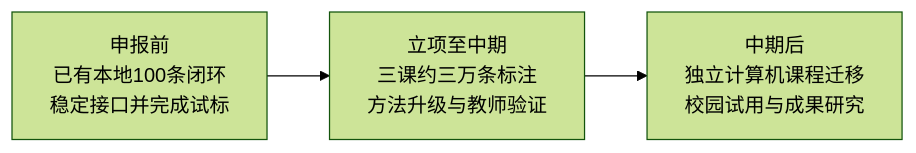
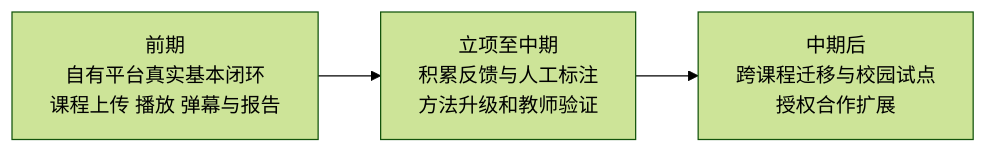
Before and after one commit to Hyhyhyyy/course-feedback: the diagram in project-materials/04_申报与答辩/申报支撑/阶段安排.mmd, drawn with Mermaid (forest theme). The commit also changed 66 other files, not shown here.

```diff
--- a/project-materials/04_申报与答辩/申报支撑/阶段安排.mmd
+++ b/project-materials/04_申报与答辩/申报支撑/阶段安排.mmd
@@ -1,3 +1,3 @@
 flowchart LR
- A["申报前<br/>已有本地100条闭环<br/>稳定接口并完成试标"] --> B["立项至中期<br/>三课约三万条标注<br/>方法升级与教师验证"]
- B --> C["中期后<br/>独立计算机课程迁移<br/>校园试用与成果研究"]
+ A["前期<br/>自有平台真实基本闭环<br/>课程上传 播放 弹幕与报告"] --> B["立项至中期<br/>积累反馈与人工标注<br/>方法升级和教师验证"]
+ B --> C["中期后<br/>跨课程迁移与校园试点<br/>授权合作扩展"]
```
